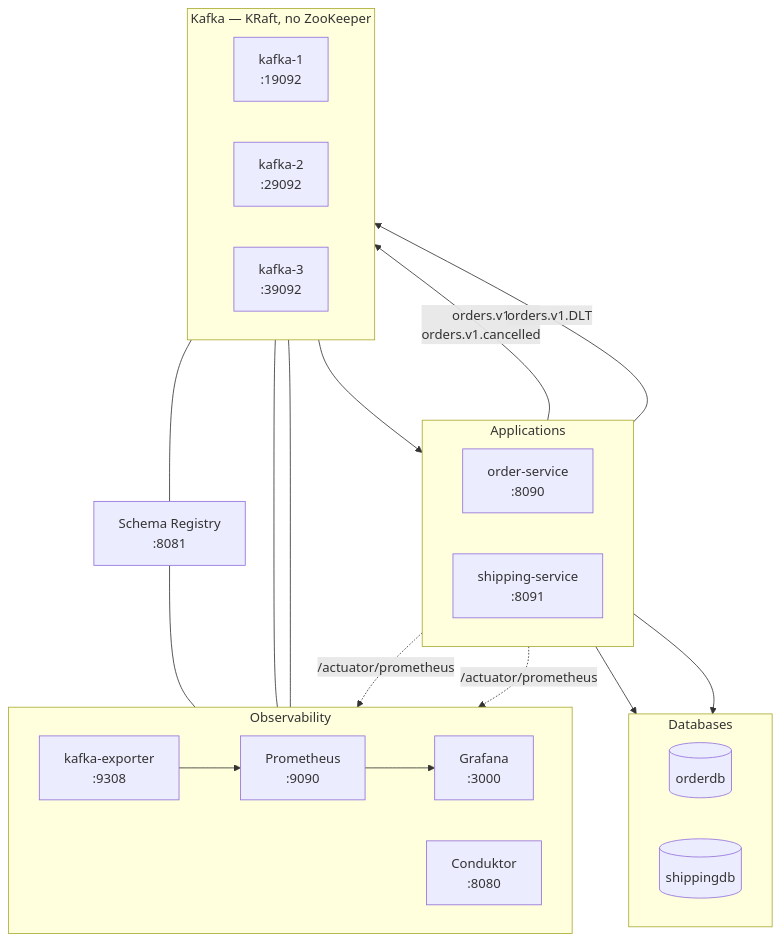
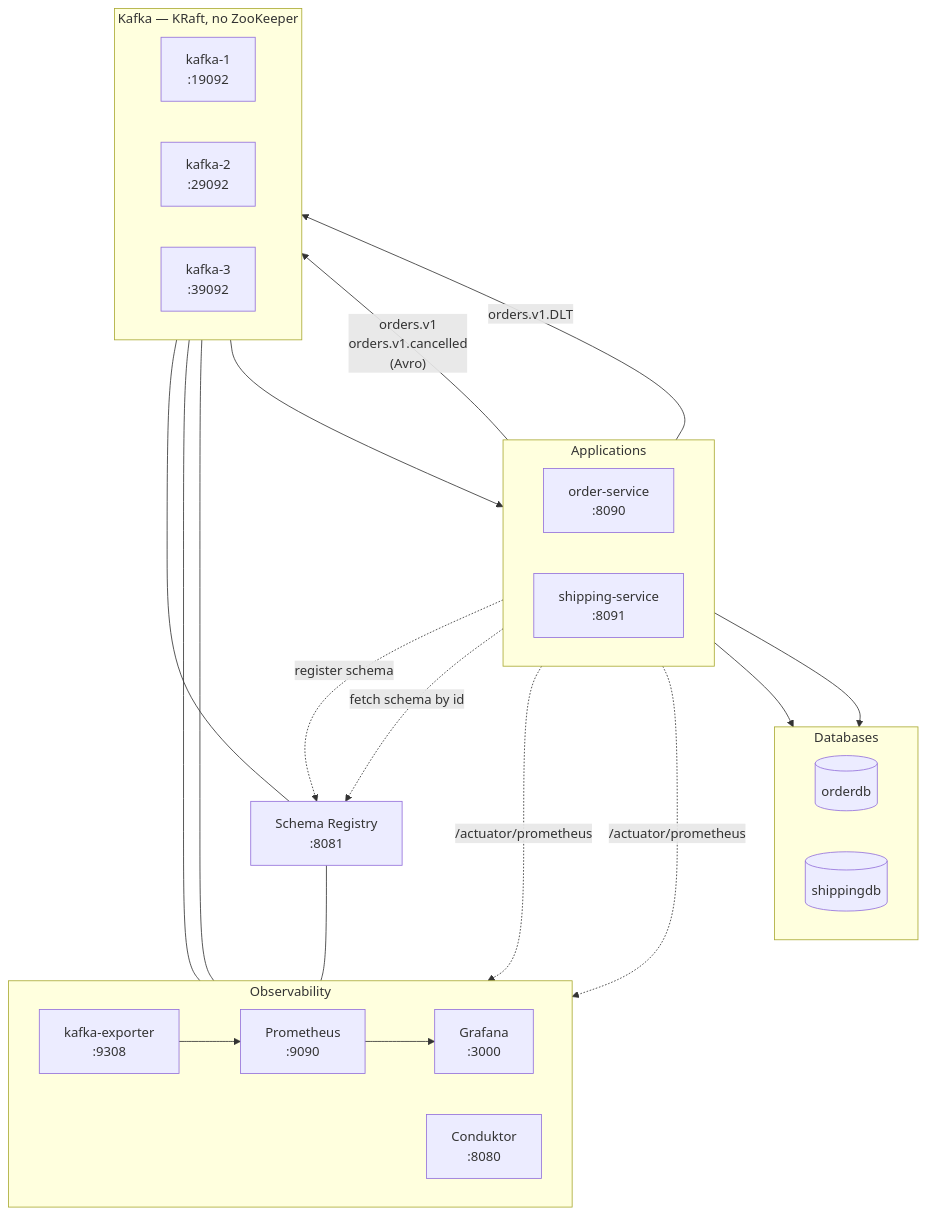
One commit to vladboboc/inbox-outbox-architecture changed the third of 3 diagrams in docs/architecture.md. Above: the diagram before and after it, drawn with Mermaid. The commit also changed other lines of this file and 23 other files, not shown here.

First line of the commit message:
Switch Kafka wire format from Jackson JSON to Confluent Avro with Schema Registry

````diff
--- a/docs/architecture.md
+++ b/docs/architecture.md
@@ -114,46 +115,48 @@
 ```mermaid
 flowchart TB
     subgraph apps["Applications"]
         direction LR
         OS["order-service<br/>:8090"]
         SS["shipping-service<br/>:8091"]
     end
 
     subgraph kafka["Kafka — KRaft, no ZooKeeper"]
         direction LR
         K1["kafka-1<br/>:19092"]
         K2["kafka-2<br/>:29092"]
         K3["kafka-3<br/>:39092"]
     end
 
     subgraph data["Databases"]
         direction LR
         ODB[("orderdb")]
         SDB[("shippingdb")]
     end
 
     subgraph obs["Observability"]
         direction LR
         PROM["Prometheus<br/>:9090"]
         GRAF["Grafana<br/>:3000"]
         KEXP["kafka-exporter<br/>:9308"]
         CDK["Conduktor<br/>:8080"]
     end
 
     SR["Schema Registry<br/>:8081"]
 
     OS --> ODB
     SS --> SDB
-    OS -->|"orders.v1<br/>orders.v1.cancelled"| kafka
+    OS -->|"orders.v1<br/>orders.v1.cancelled<br/>(Avro)"| kafka
     kafka --> SS
     SS -->|"orders.v1.DLT"| kafka
+    OS -.->|"register schema"| SR
+    SS -.->|"fetch schema by id"| SR
 
     kafka --- SR
     kafka --- KEXP
     KEXP --> PROM
     OS -.->|"/actuator/prometheus"| PROM
     SS -.->|"/actuator/prometheus"| PROM
     PROM --> GRAF
     kafka --- CDK
     SR --- CDK
 ```
````
